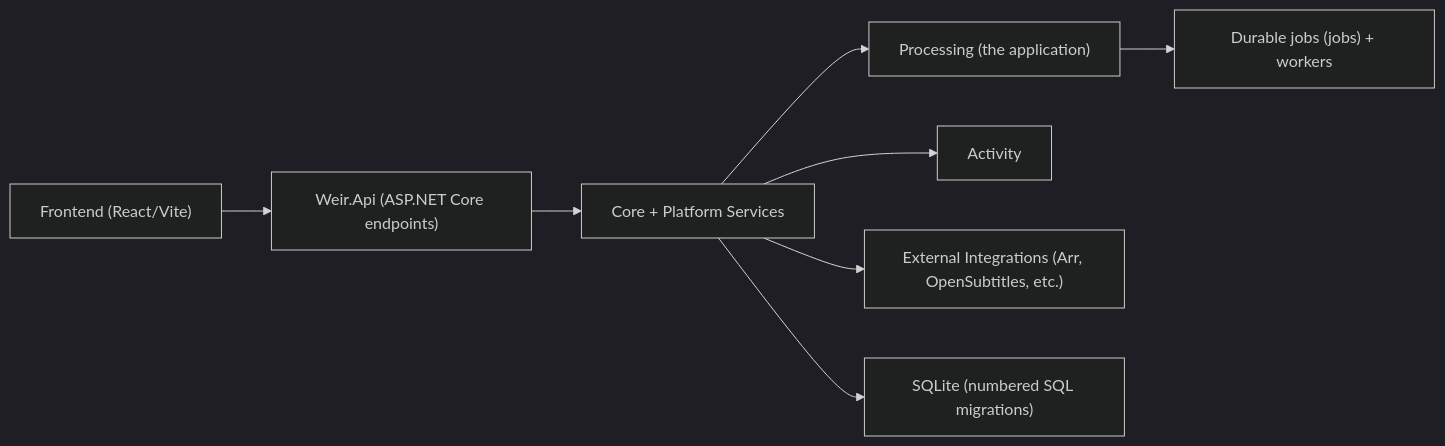
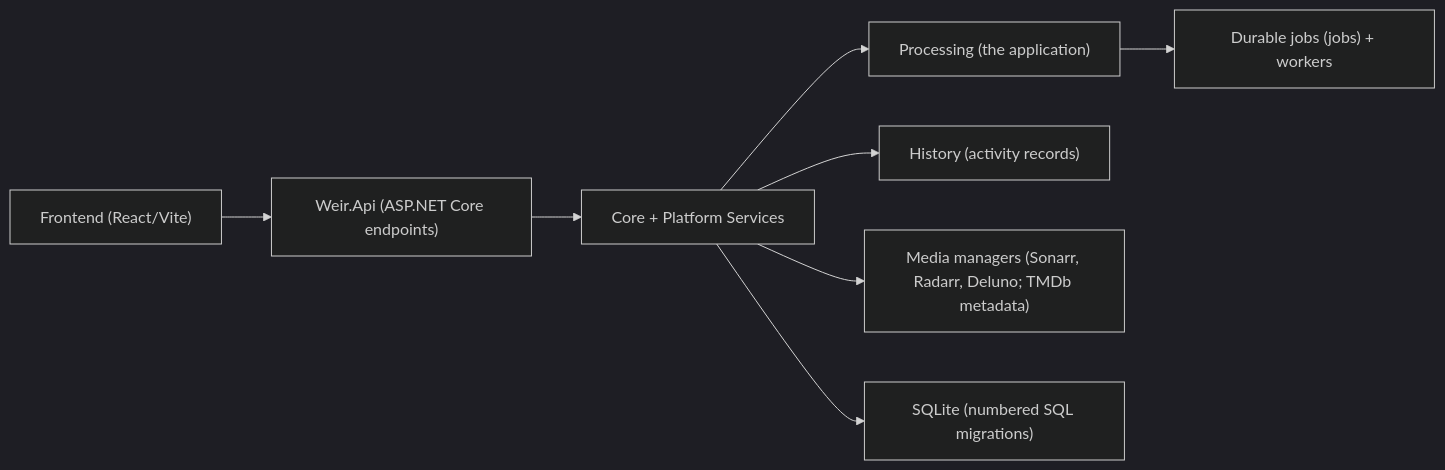
The first of 2 diagrams in ARCHITECTURE.md (jampat000/Weir), drawn with Mermaid (dark theme) before and after one commit. The commit also changed other lines of this file and 115 other files, not shown here.

````diff
--- a/ARCHITECTURE.md
+++ b/ARCHITECTURE.md
@@ -43,10 +48,10 @@
 ```mermaid
 flowchart LR
   UI["Frontend (React/Vite)"] --> API["Weir.Api (ASP.NET Core endpoints)"]
   API --> Core["Core + Platform Services"]
   Core --> Processing["Processing (the application)"]
-  Core --> Activity["Activity"]
-  Core --> Integrations["External Integrations (Arr, OpenSubtitles, etc.)"]
+  Core --> History["History (activity records)"]
+  Core --> Integrations["Media managers (Sonarr, Radarr, Deluno; TMDb metadata)"]
   Core --> DB["SQLite (numbered SQL migrations)"]
   Processing --> Jobs["Durable jobs (jobs) + workers"]
 ```
````
